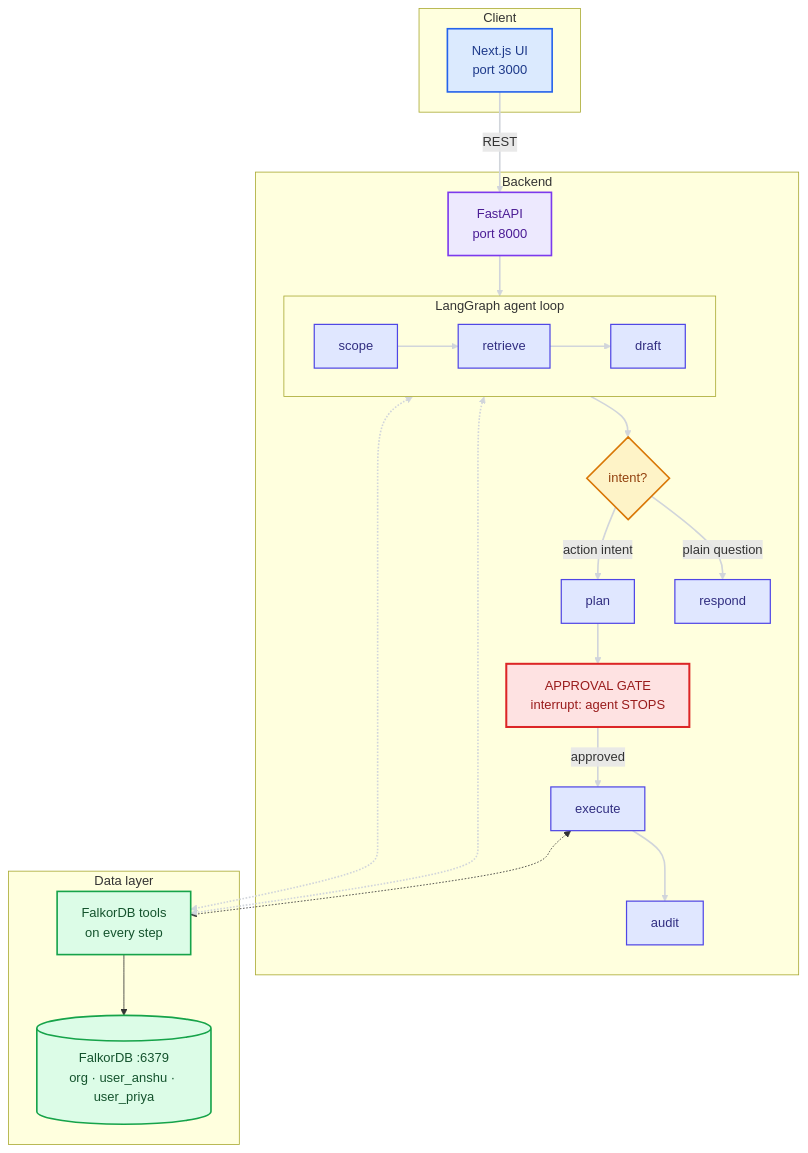
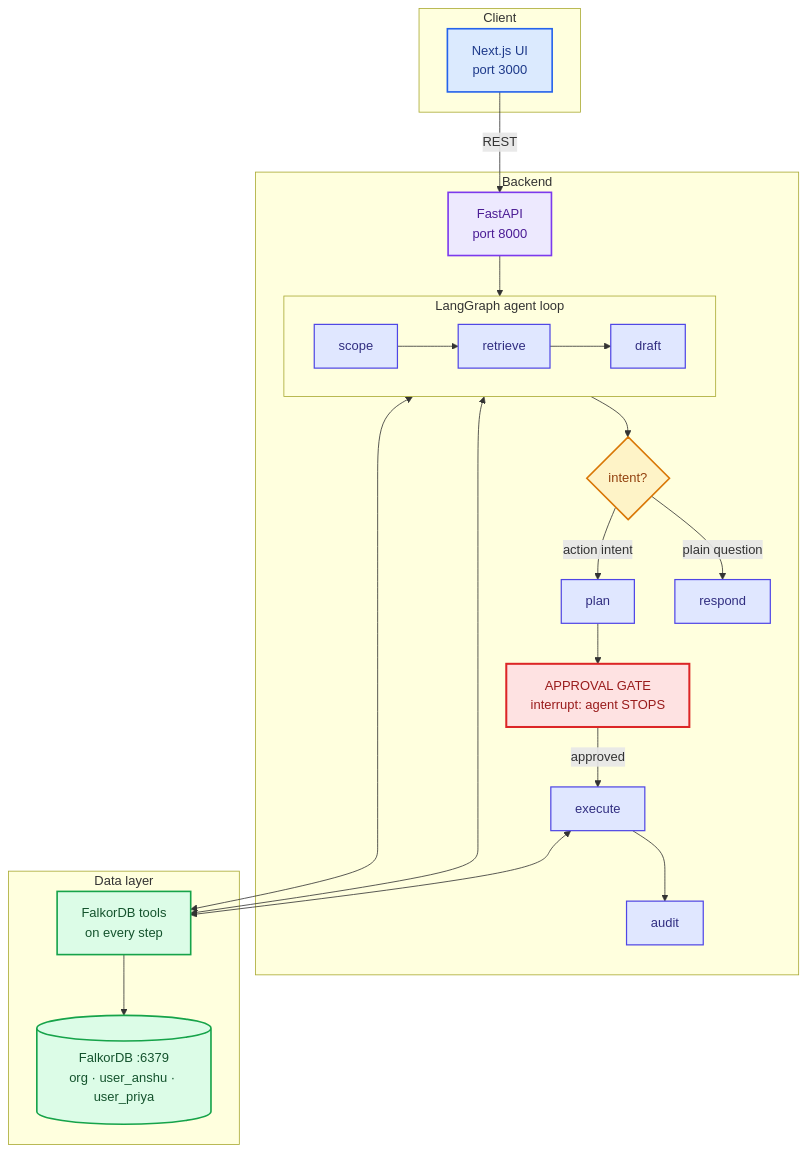
The diagram in README.md (101xAnshu/Recall), drawn with Mermaid before and after one commit.

Commit message:
docs(readme): mermaid diagram fixes

````diff
--- a/README.md
+++ b/README.md
@@ -60,53 +60,51 @@
 ```mermaid
 flowchart TD
     subgraph Client["Client"]
         UI["Next.js UI<br/>port 3000"]
     end
 
     subgraph Backend["Backend"]
         API["FastAPI<br/>port 8000"]
         subgraph Agent["LangGraph agent loop"]
             direction LR
             SCOPE["scope"] --> RETRIEVE["retrieve"] --> DRAFT["draft"]
         end
         INTENT{"intent?"}
         RESPOND["respond"]
         PLAN["plan"]
         GATE["APPROVAL GATE<br/>interrupt: agent STOPS"]
         EXEC["execute"]
         AUDIT["audit"]
     end
 
     subgraph Data["Data layer"]
         TOOLS["FalkorDB tools<br/>on every step"]
         DB[("FalkorDB :6379<br/>org · user_anshu · user_priya")]
     end
 
     UI -- "REST" --> API
     API --> SCOPE
     DRAFT --> INTENT
     INTENT -- "plain question" --> RESPOND
     INTENT -- "action intent" --> PLAN --> GATE
     GATE -- "approved" --> EXEC --> AUDIT
-    RETRIEVE <-.-> TOOLS
-    DRAFT <-.-> TOOLS
-    EXEC <-.-> TOOLS
+    RETRIEVE <--> TOOLS
+    DRAFT <--> TOOLS
+    EXEC <--> TOOLS
     TOOLS --> DB
 
     classDef client fill:#dbeafe,stroke:#2563eb,stroke-width:2px,color:#1e3a8a
     classDef server fill:#ede9fe,stroke:#7c3aed,stroke-width:2px,color:#4c1d95
     classDef step fill:#e0e7ff,stroke:#4f46e5,stroke-width:1.5px,color:#312e81
     classDef gate fill:#fee2e2,stroke:#dc2626,stroke-width:2.5px,color:#991b1b
     classDef data fill:#dcfce7,stroke:#16a34a,stroke-width:2px,color:#14532d
     classDef decision fill:#fef3c7,stroke:#d97706,stroke-width:2px,color:#92400e
 
     class UI client
     class API server
     class SCOPE,RETRIEVE,DRAFT,PLAN,EXEC,AUDIT,RESPOND step
     class GATE gate
     class TOOLS,DB data
     class INTENT decision
 
-    linkStyle 0,1,2,3,4,5,6,7,8,9,10,11 stroke:#d1d5db,stroke-width:2px
-
 ```
````
